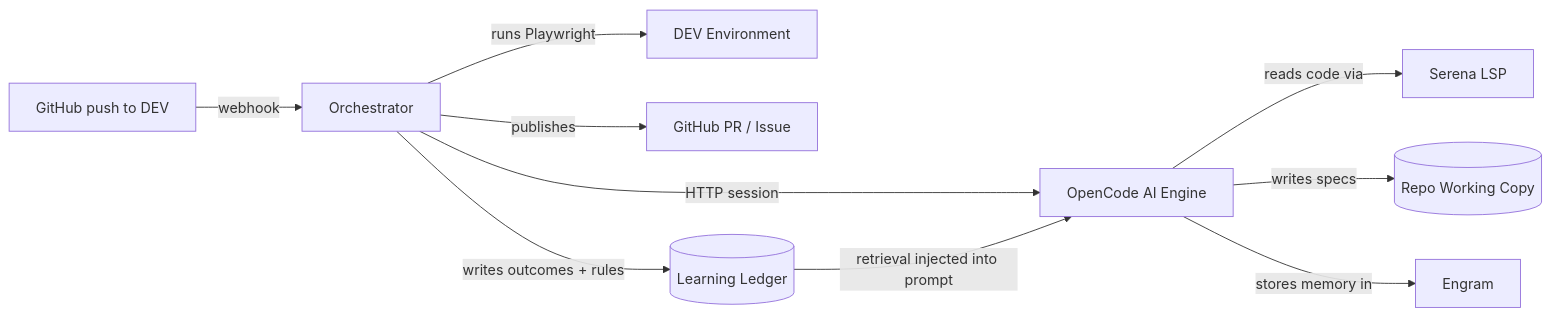
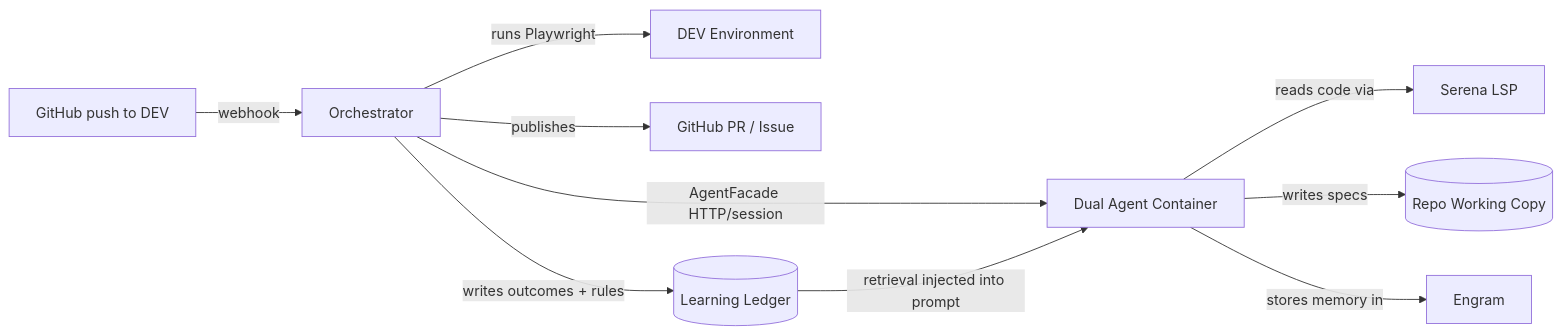
The diagram in README.md (ArielFalcon/panchito), drawn with Mermaid before and after one commit. The commit also changed other lines of this file and 41 other files, not shown here.

First line of the commit message:
feat: drive OpenCode or Codex (or both) via a provider-agnostic agent runtime

````diff
--- a/README.md
+++ b/README.md
@@ -67,12 +68,12 @@
 ```mermaid
 flowchart LR
     GH["GitHub push to DEV"] -->|webhook| O[Orchestrator]
-    O -->|HTTP session| OC[OpenCode AI Engine]
+    O -->|AgentFacade HTTP/session| OC[Dual Agent Container]
     OC -->|reads code via| SE[Serena LSP]
     OC -->|writes specs| WC[(Repo Working Copy)]
     OC -->|stores memory in| EN[Engram]
     O -->|runs Playwright| DEV[DEV Environment]
     O -->|publishes| PR[GitHub PR / Issue]
     O -->|writes outcomes + rules| LD[(Learning Ledger)]
     LD -->|retrieval injected into prompt| OC
 ```
````
